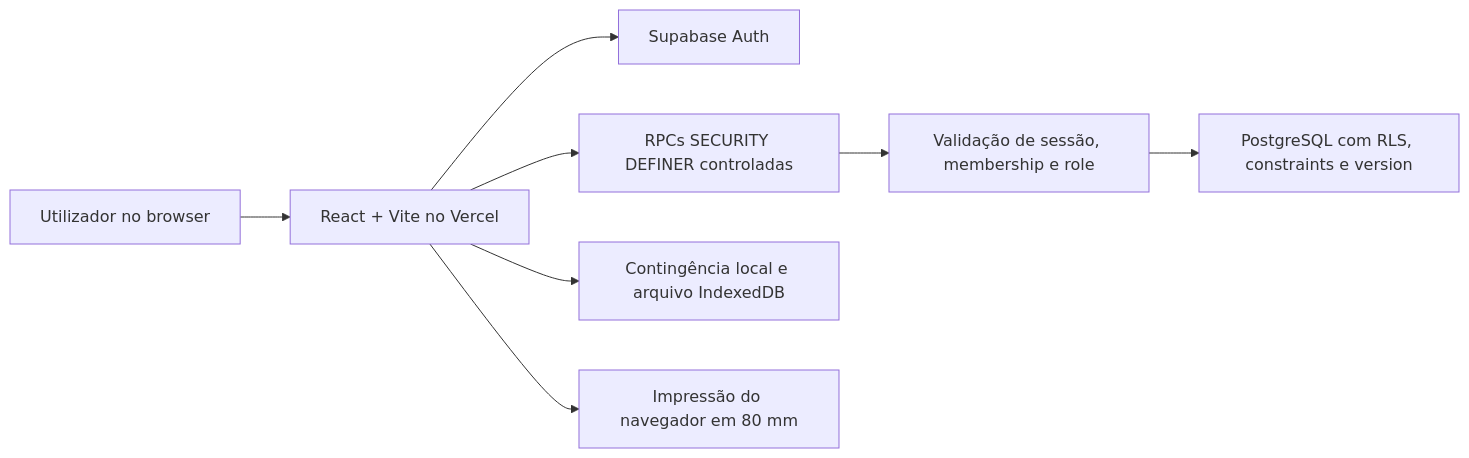
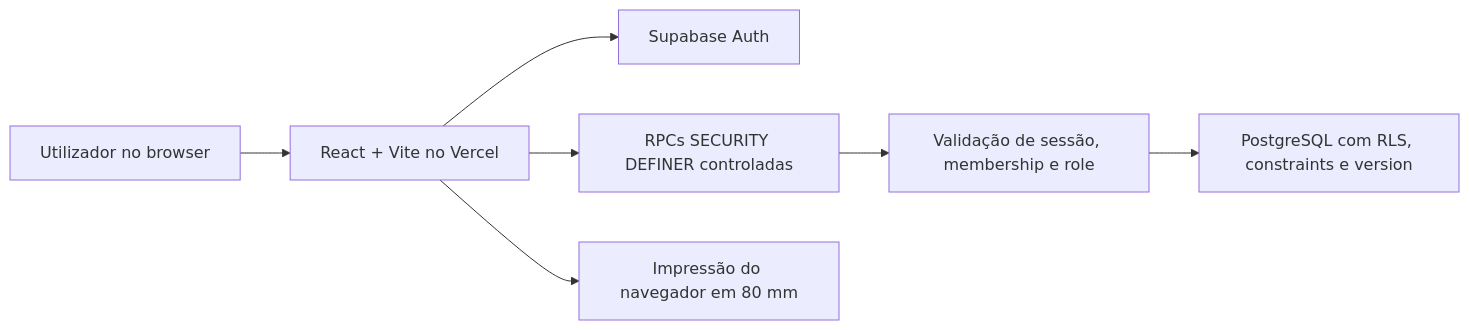
The diagram in docs/architecture/overview.md (RodrigoSubtil/order-manager), drawn with Mermaid before and after one commit. The commit also changed other lines of this file and 66 other files, not shown here.

````diff
--- a/docs/architecture/overview.md
+++ b/docs/architecture/overview.md
@@ -11,10 +11,9 @@
 ```mermaid
 flowchart LR
   U["Utilizador no browser"] --> W["React + Vite no Vercel"]
   W --> A["Supabase Auth"]
   W --> F["RPCs SECURITY DEFINER controladas"]
   F --> C["Validação de sessão, membership e role"]
   C --> D["PostgreSQL com RLS, constraints e version"]
-  W --> L["Contingência local e arquivo IndexedDB"]
   W --> P["Impressão do navegador em 80 mm"]
 ```
````
